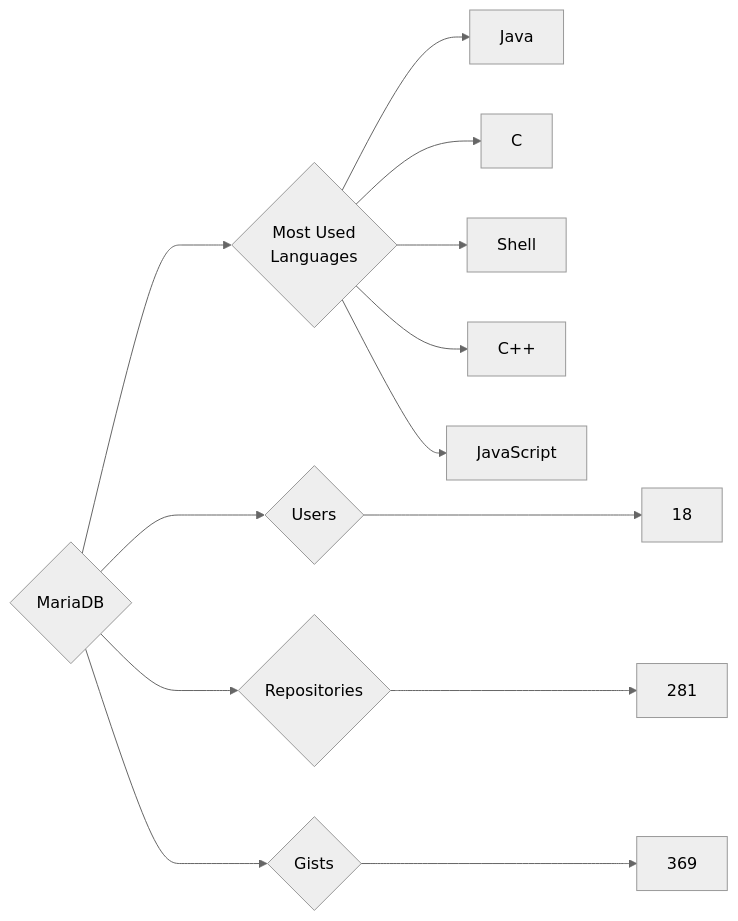
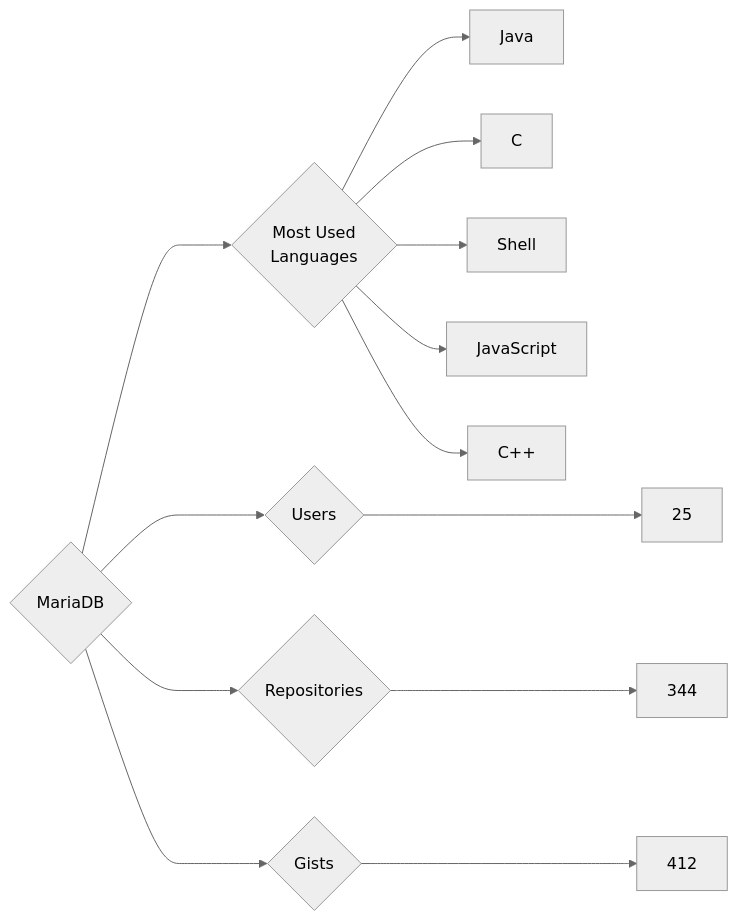
Before and after one commit to trickest/insiders: the diagram in targets/MariaDB/README.md, drawn with Mermaid (neutral theme). The commit also changed 1389 other files, not shown here.

````diff
--- a/targets/MariaDB/README.md
+++ b/targets/MariaDB/README.md
@@ -3,13 +3,13 @@
 ```mermaid
 graph LR
 COMPANY_NAME{MariaDB}
-COMPANY_NAME ---> U{Users} ---> UN[18]
-COMPANY_NAME ---> R{Repositories} ---> RN[281]
-COMPANY_NAME ---> G{Gists} ---> GN[369]
+COMPANY_NAME ---> U{Users} ---> UN[25]
+COMPANY_NAME ---> R{Repositories} ---> RN[344]
+COMPANY_NAME ---> G{Gists} ---> GN[412]
 COMPANY_NAME ---> ML{Most Used<br>Languages}
 ML --> Java[Java]
 ML --> C[C]
 ML --> Shell[Shell]
+ML --> JavaScript[JavaScript]
 ML --> C++[C++]
-ML --> JavaScript[JavaScript]
 ```
````
